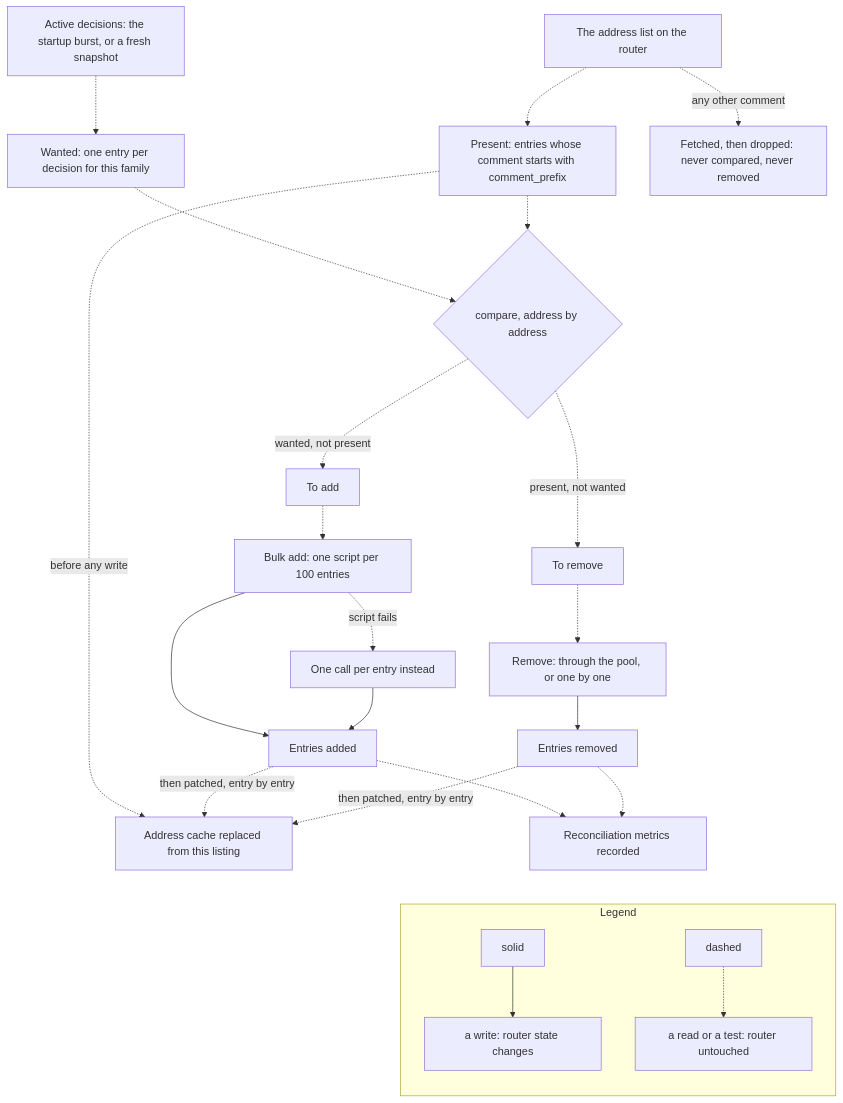
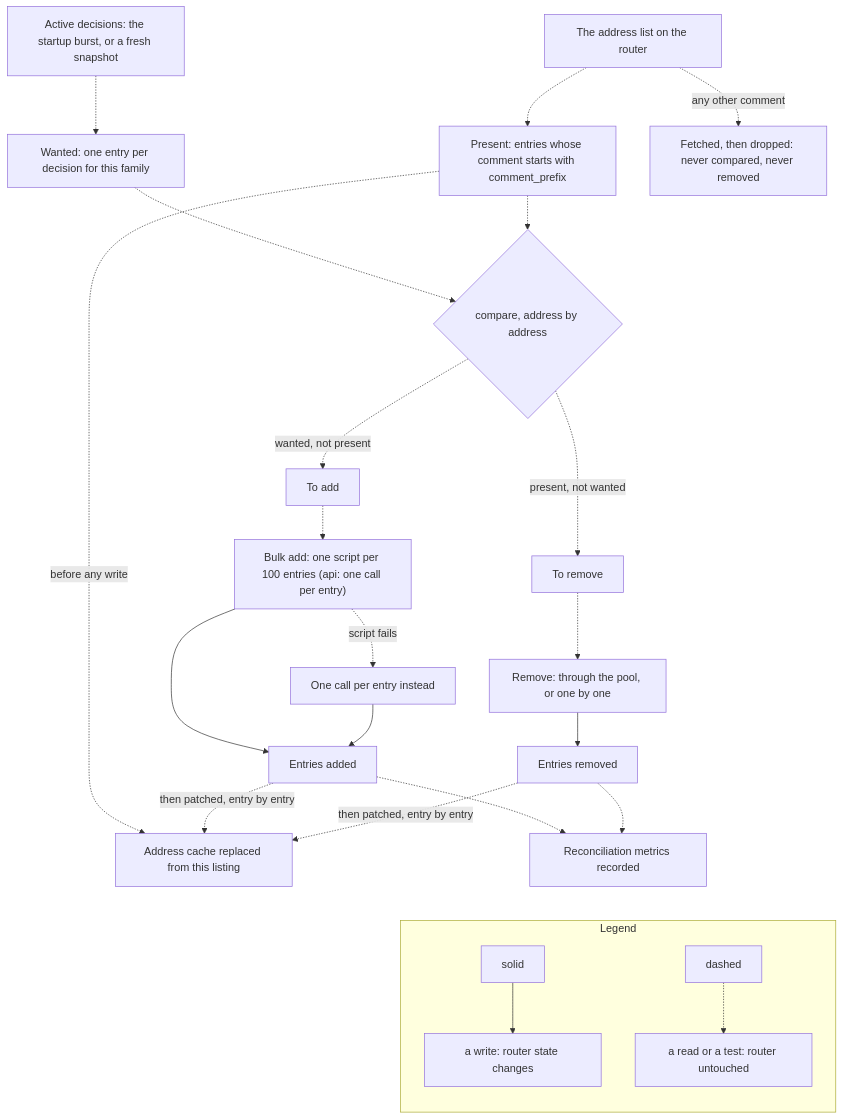
The diagram in docs/src/content/docs/architecture/reconciliation.mdx (jmrplens/cs-routeros-bouncer), drawn with Mermaid before and after one commit. The commit also changed other lines of this file and 12 other files, not shown here.

Commit message:
docs: bulk_add_method api on all pages

````diff
--- a/docs/src/content/docs/architecture/reconciliation.mdx
+++ b/docs/src/content/docs/architecture/reconciliation.mdx
@@ -49,30 +49,30 @@
 ```mermaid
 flowchart TB
     accTitle: The reconciliation diff: snapshot in, router state in, adds and removes out
-    accDescr: A snapshot of active decisions becomes the wanted set, one entry per decision for this protocol family, keyed by normalised address. The address list on the router becomes the present set, but only the entries whose comment starts with the configured comment prefix; entries with any other comment are fetched from the router and then dropped client-side, so they are never compared and never removed — but they do cost transfer on every pass. Comparing the two sets address by address yields the entries to add and the entries to remove. The in-memory address cache is replaced from that same listing before any write goes out. Additions then go through a bulk RouterOS script of up to a hundred entries, dropping to one API call per entry when a script fails; removals go through the connection pool when it opened, and one by one on the main connection otherwise. Each add and each remove patches the cache again with what it attempted, and the reconciliation metrics are recorded once both have run.
+    accDescr: A snapshot of active decisions becomes the wanted set, one entry per decision for this protocol family, keyed by normalised address. The address list on the router becomes the present set, but only the entries whose comment starts with the configured comment prefix; entries with any other comment are fetched from the router and then dropped client-side, so they are never compared and never removed — but they do cost transfer on every pass. Comparing the two sets address by address yields the entries to add and the entries to remove. The in-memory address cache is replaced from that same listing before any write goes out. Additions then go through a bulk RouterOS script of up to a hundred entries, dropping to one API call per entry when a script fails, or with bulk_add_method api through one API call per entry over the pool; removals go through the connection pool when it opened, and one by one on the main connection otherwise. Each add and each remove patches the cache again with what it attempted, and the reconciliation metrics are recorded once both have run.
     SNAP["Active decisions: the startup burst, or a fresh snapshot"] -.-> WANT["Wanted: one entry per decision for this family"]
     LIST["The address list on the router"] -.-> HAVE["Present: entries whose comment starts with comment_prefix"]
     LIST -. "any other comment" .-> FOREIGN["Fetched, then dropped: never compared, never removed"]
     HAVE -. "before any write" .-> CACHE["Address cache replaced from this listing"]
     WANT -.-> DIFF{"compare, address by address"}
     HAVE -.-> DIFF
     DIFF -. "wanted, not present" .-> TOADD["To add"]
     DIFF -. "present, not wanted" .-> TOREM["To remove"]
-    TOADD -.-> BULK["Bulk add: one script per 100 entries"]
+    TOADD -.-> BULK["Bulk add: one script per 100 entries (api: one call per entry)"]
     BULK -. "script fails" .-> ONEBY["One call per entry instead"]
     TOREM -.-> DELE["Remove: through the pool, or one by one"]
     BULK --> ADDED["Entries added"]
     ONEBY --> ADDED
     DELE --> REMOVED["Entries removed"]
     ADDED -. "then patched, entry by entry" .-> CACHE
     REMOVED -. "then patched, entry by entry" .-> CACHE
     ADDED -.-> MET["Reconciliation metrics recorded"]
     REMOVED -.-> MET
 
     MET ~~~ LEG
     subgraph LEG["Legend"]
         direction TB
         LA["solid"] --> LB["a write: router state changes"]
         LC["dashed"] -.-> LD["a read or a test: router untouched"]
     end
 ```
````
